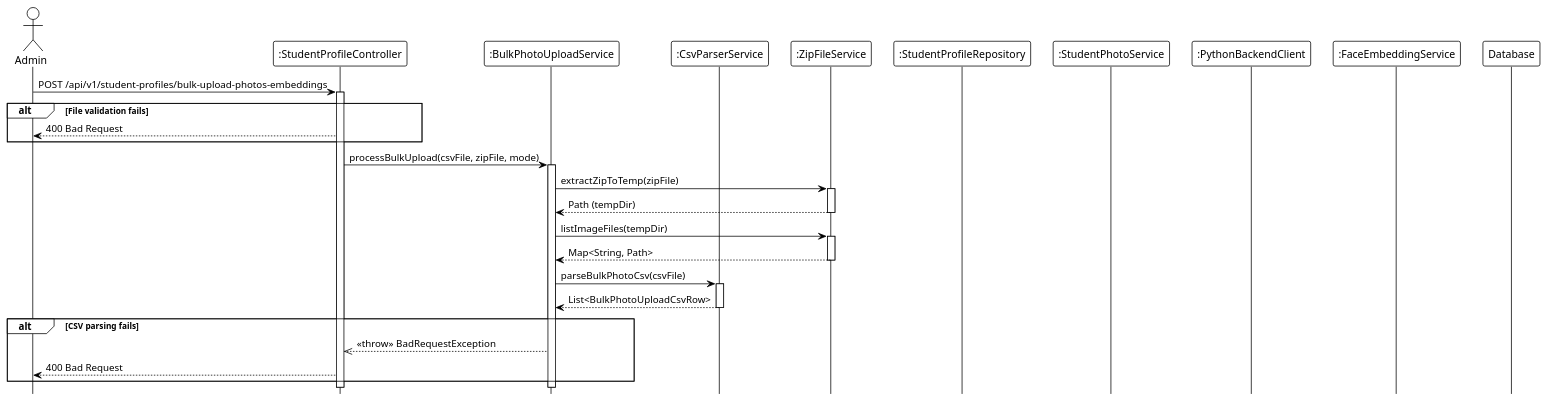
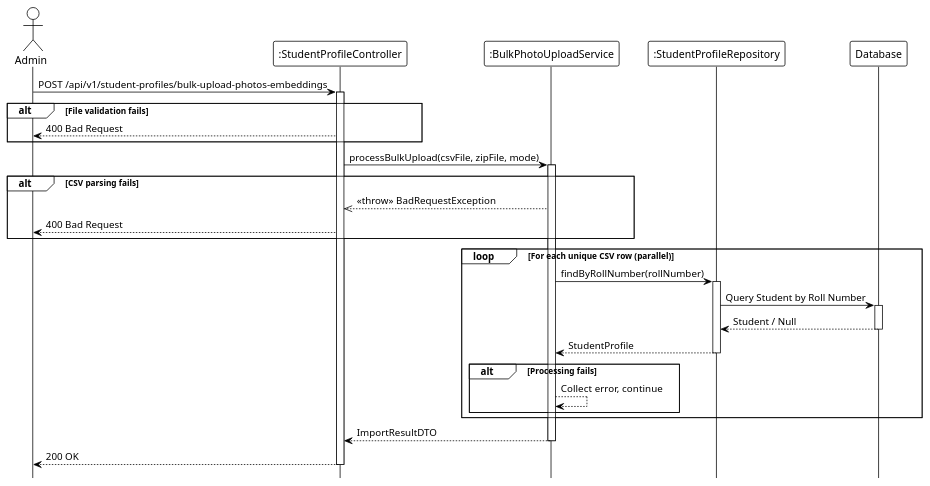
The diagram in system_detailed_design/48_import_student_photos/sequence_diagram_import_student_photos.puml (Ndh474/context), drawn with PlantUML before and after one commit. The commit also changed other lines of this file and 10 other files, not shown here.

```diff
--- a/system_detailed_design/48_import_student_photos/sequence_diagram_import_student_photos.puml
+++ b/system_detailed_design/48_import_student_photos/sequence_diagram_import_student_photos.puml
@@ -1,56 +1,61 @@
 @startuml import_student_photos
 !theme plain
 hide footbox
 
 actor Admin
 participant ":StudentProfileController" as Controller
 participant ":BulkPhotoUploadService" as Service
-participant ":CsvParserService" as CsvParser
-participant ":ZipFileService" as ZipService
-participant ":StudentProfileRepository" as StudentRepo
-participant ":StudentPhotoService" as PhotoService
-participant ":PythonBackendClient" as PythonClient
-participant ":FaceEmbeddingService" as EmbeddingService
+participant ":StudentProfileRepository" as Repository
 participant "Database" as DB
 
 ' --- MAIN FLOW ---
 Admin -> Controller: POST /api/v1/student-profiles/bulk-upload-photos-embeddings
 activate Controller
 
 ' File validation (internal)
 
 alt File validation fails
     Controller --> Admin: 400 Bad Request
 end
 
 Controller -> Service: processBulkUpload(csvFile, zipFile, mode)
 activate Service
 
-' --- EXTRACT ZIP ---
-Service -> ZipService: extractZipToTemp(zipFile)
-activate ZipService
-
-ZipService --> Service: Path (tempDir)
-deactivate ZipService
-
-Service -> ZipService: listImageFiles(tempDir)
-activate ZipService
-
-ZipService --> Service: Map<String, Path>
-deactivate ZipService
-
-' --- PARSE CSV ---
-Service -> CsvParser: parseBulkPhotoCsv(csvFile)
-activate CsvParser
-
-CsvParser --> Service: List<BulkPhotoUploadCsvRow>
-deactivate CsvParser
+' Extract ZIP and parse CSV (internal)
 
 alt CSV parsing fails
     Service -->> Controller: <<throw>> BadRequestException
     Controller --> Admin: 400 Bad Request
 end
 
-' CSV deduplication (internal)
+' --- PARALLEL PROCESSING LOOP ---
+loop For each unique CSV row (parallel)
+    Service -> Repository: findByRollNumber(rollNumber)
+    activate Repository
+    
+    Repository -> DB: Query Student by Roll Number
+    activate DB
+    DB --> Repository: Student / Null
+    deactivate DB
+    
+    Repository --> Service: StudentProfile
+    deactivate Repository
+    
+    ' Validation and processing (internal: image validation, mode check, save photo, generate embedding, save embedding)
+    
+    alt Processing fails
+        Service --> Service: Collect error, continue
+    end
+end
+
+' Cleanup temp directory (internal)
+
+' Build result with success/failure counts (internal)
+
+Service --> Controller: ImportResultDTO
+deactivate Service
+
+Controller --> Admin: 200 OK
+deactivate Controller
 
 @enduml
```
